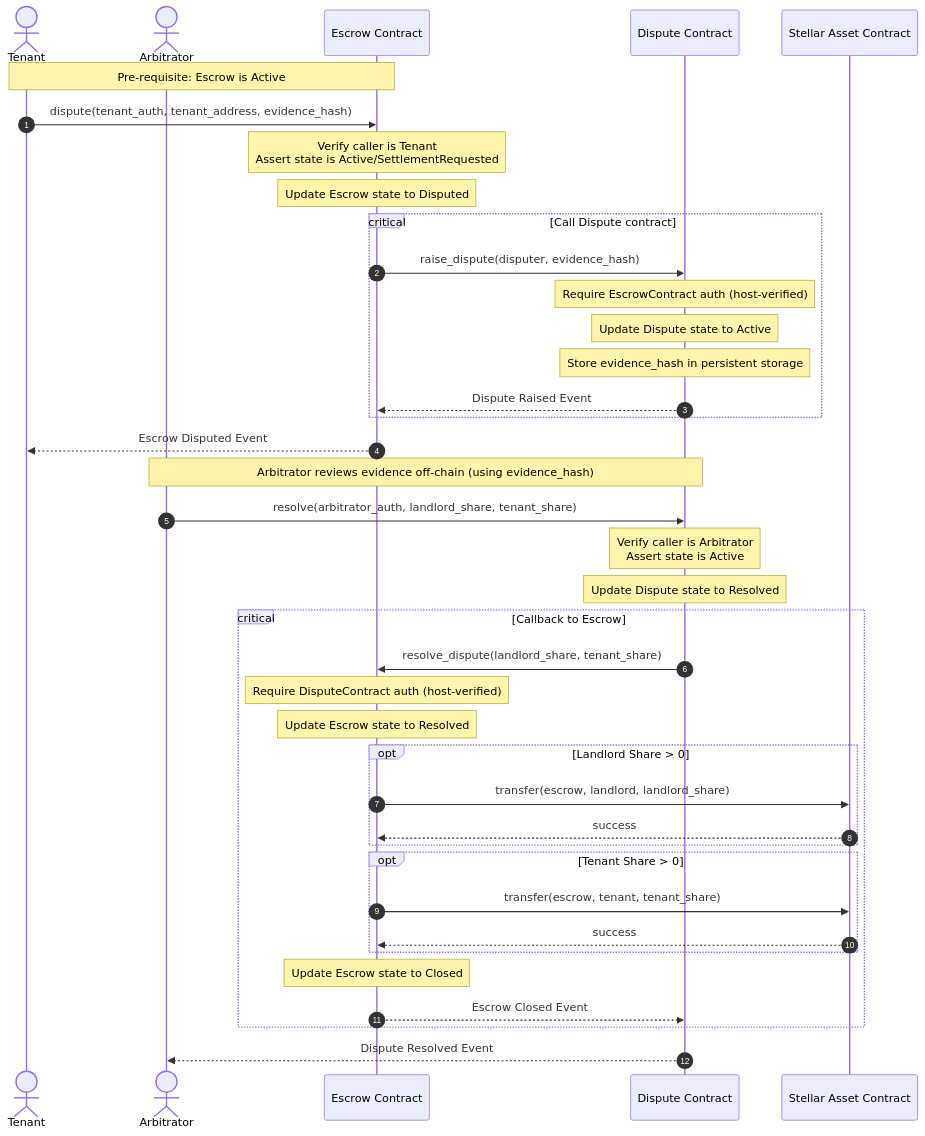
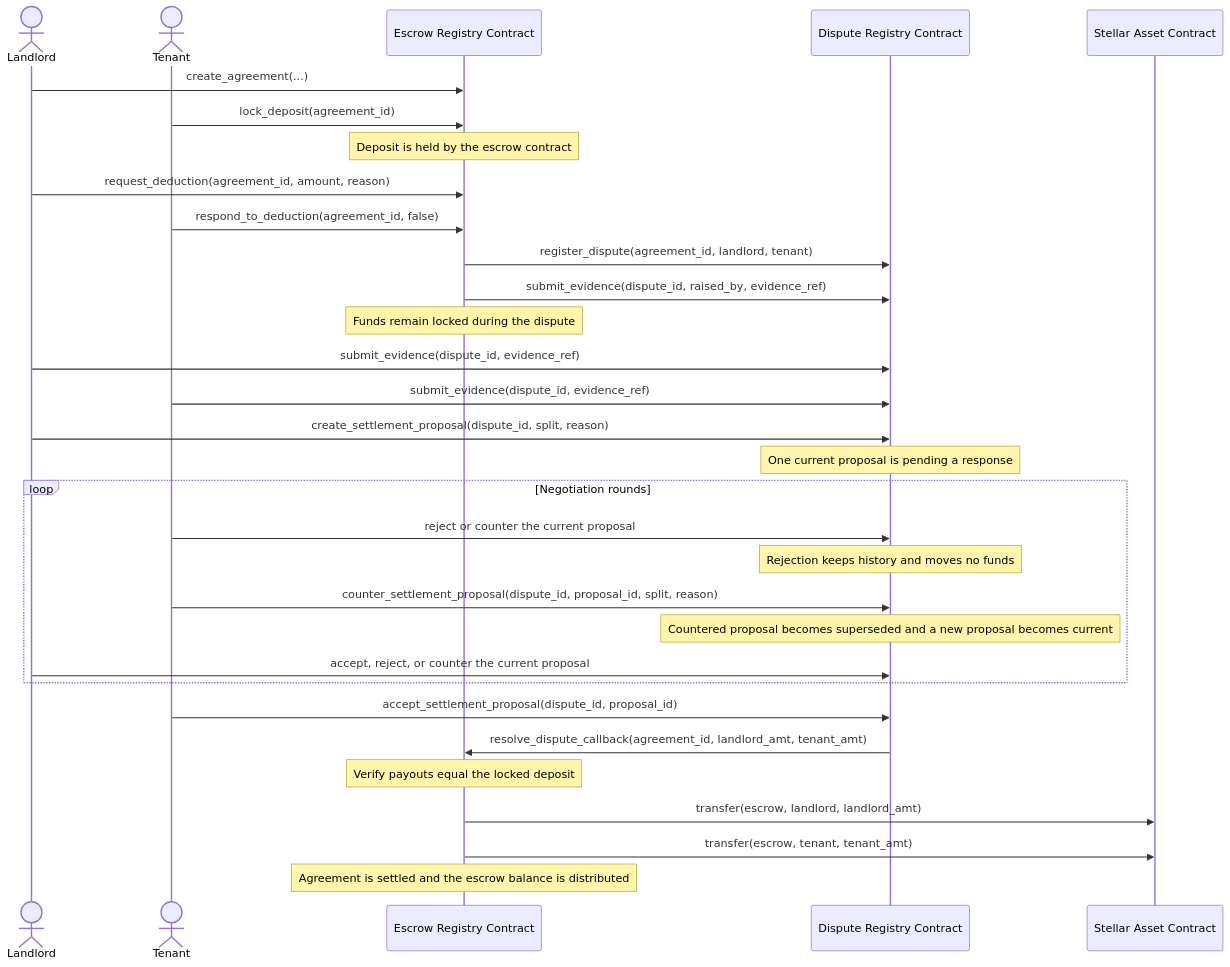
One commit to aniCtrl/RentSafe changed the diagram in docs/INTER_CONTRACT_FLOW.md. Above: the diagram before and after it, drawn with Mermaid. The commit also changed other lines of this file and 4 other files, not shown here.

````diff
--- a/docs/INTER_CONTRACT_FLOW.md
+++ b/docs/INTER_CONTRACT_FLOW.md
@@ -9,53 +7,37 @@
 ```mermaid
 sequenceDiagram
-    autonumber
+    actor Landlord
     actor Tenant
-    actor Arbitrator
-    participant EscrowContract as Escrow Contract
-    participant DisputeContract as Dispute Contract
-    participant TokenContract as Stellar Asset Contract
+    participant Escrow as Escrow Registry Contract
+    participant Dispute as Dispute Registry Contract
+    participant Token as Stellar Asset Contract
 
-    Note over Tenant, EscrowContract: Pre-requisite: Escrow is Active
+    Landlord->>Escrow: create_agreement(...)
+    Tenant->>Escrow: lock_deposit(agreement_id)
+    Note over Escrow: Deposit is held by the escrow contract
+    Landlord->>Escrow: request_deduction(agreement_id, amount, reason)
+    Tenant->>Escrow: respond_to_deduction(agreement_id, false)
+    Escrow->>Dispute: register_dispute(agreement_id, landlord, tenant)
+    Escrow->>Dispute: submit_evidence(dispute_id, raised_by, evidence_ref)
+    Note over Escrow: Funds remain locked during the dispute
 
-    %% 1. Dispute invocation
-    Tenant->>EscrowContract: dispute(tenant_auth, tenant_address, evidence_hash)
-    Note over EscrowContract: Verify caller is Tenant<br/>Assert state is Active/SettlementRequested
-    Note over EscrowContract: Update Escrow state to Disputed
+    Landlord->>Dispute: submit_evidence(dispute_id, evidence_ref)
+    Tenant->>Dispute: submit_evidence(dispute_id, evidence_ref)
+    Landlord->>Dispute: create_settlement_proposal(dispute_id, split, reason)
+    Note over Dispute: One current proposal is pending a response
 
-    %% 2. Cross-contract call to Dispute
-    critical Call Dispute contract
-        EscrowContract->>DisputeContract: raise_dispute(disputer, evidence_hash)
-        Note over DisputeContract: Require EscrowContract auth (host-verified)
-        Note over DisputeContract: Update Dispute state to Active
-        Note over DisputeContract: Store evidence_hash in persistent storage
-        DisputeContract-->>EscrowContract: Dispute Raised Event
+    loop Negotiation rounds
+        Tenant->>Dispute: reject or counter the current proposal
+        Note over Dispute: Rejection keeps history and moves no funds
+        Tenant->>Dispute: counter_settlement_proposal(dispute_id, proposal_id, split, reason)
+        Note over Dispute: Countered proposal becomes superseded and a new proposal becomes current
+        Landlord->>Dispute: accept, reject, or counter the current proposal
     end
-    EscrowContract-->>Tenant: Escrow Disputed Event
 
-    %% 3. Arbitrator review and resolution
-    Note over Arbitrator, DisputeContract: Arbitrator reviews evidence off-chain (using evidence_hash)
-    Arbitrator->>DisputeContract: resolve(arbitrator_auth, landlord_share, tenant_share)
-    Note over DisputeContract: Verify caller is Arbitrator<br/>Assert state is Active
-    Note over DisputeContract: Update Dispute state to Resolved
-
-    %% 4. Callback to Escrow to execute payout
-    critical Callback to Escrow
-        DisputeContract->>EscrowContract: resolve_dispute(landlord_share, tenant_share)
-        Note over EscrowContract: Require DisputeContract auth (host-verified)
-        Note over EscrowContract: Update Escrow state to Resolved
-        
-        %% 5. Token Transfers
-        opt Landlord Share > 0
-            EscrowContract->>TokenContract: transfer(escrow, landlord, landlord_share)
-            TokenContract-->>EscrowContract: success
-        end
-        opt Tenant Share > 0
-            EscrowContract->>TokenContract: transfer(escrow, tenant, tenant_share)
-            TokenContract-->>EscrowContract: success
-        end
-        
-        Note over EscrowContract: Update Escrow state to Closed
-        EscrowContract-->>DisputeContract: Escrow Closed Event
-    end
-    DisputeContract-->>Arbitrator: Dispute Resolved Event
+    Tenant->>Dispute: accept_settlement_proposal(dispute_id, proposal_id)
+    Dispute->>Escrow: resolve_dispute_callback(agreement_id, landlord_amt, tenant_amt)
+    Note over Escrow: Verify payouts equal the locked deposit
+    Escrow->>Token: transfer(escrow, landlord, landlord_amt)
+    Escrow->>Token: transfer(escrow, tenant, tenant_amt)
+    Note over Escrow: Agreement is settled and the escrow balance is distributed
 ```
````
